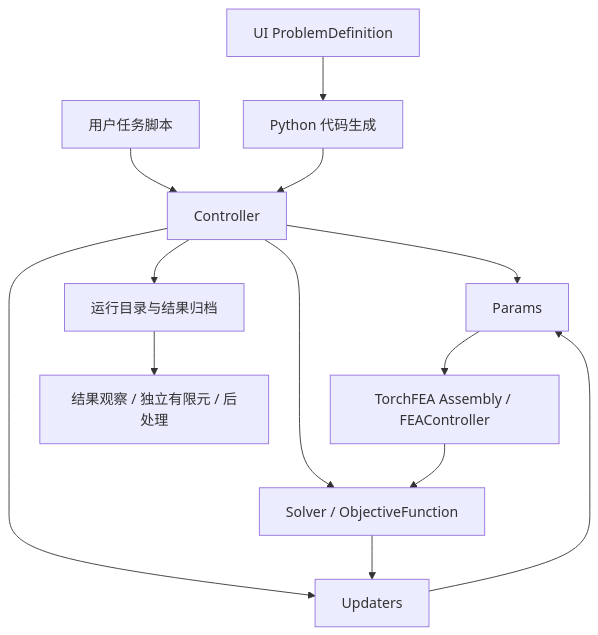
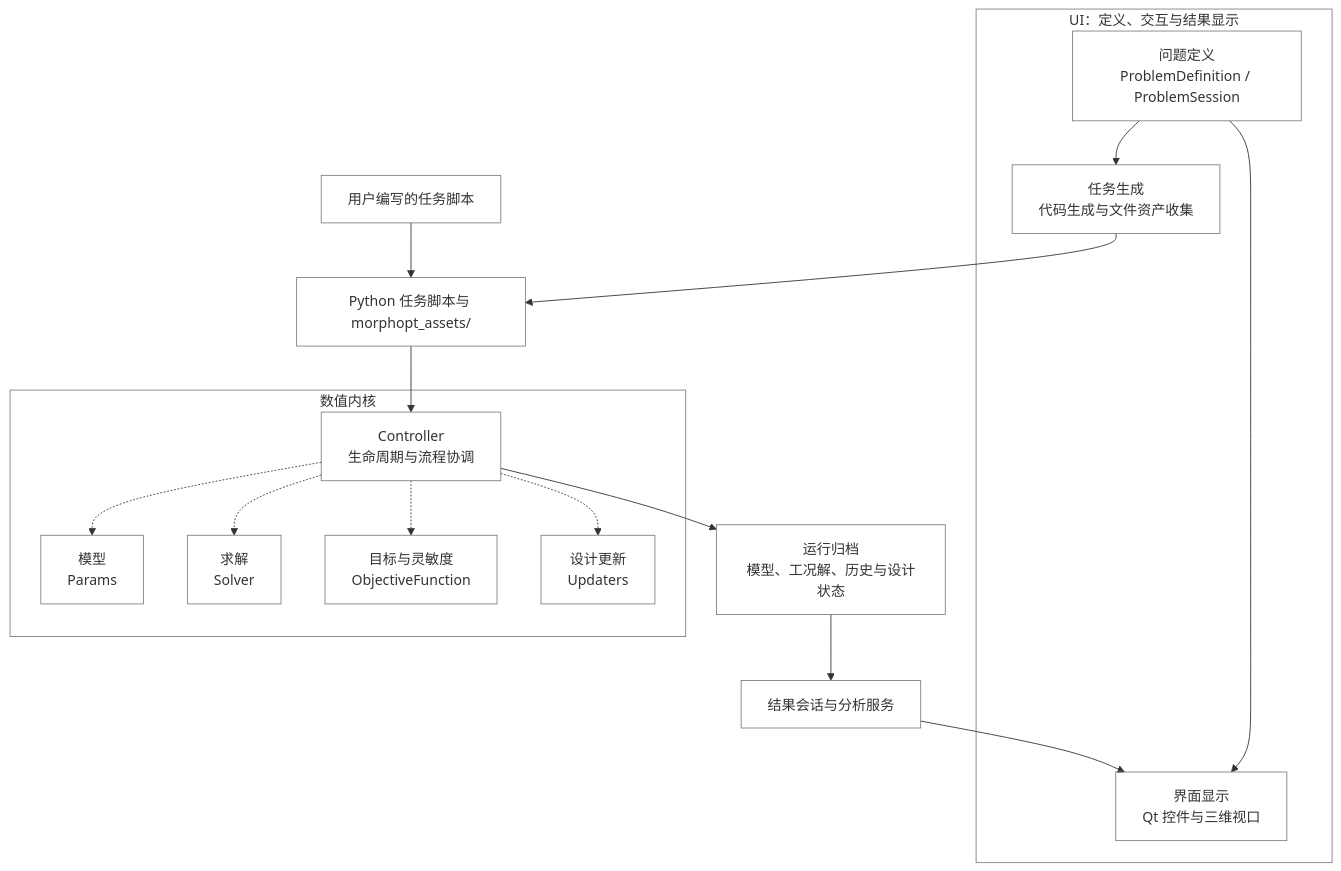
Before and after one commit to sssnnn7119/morphopt: the first of 3 diagrams in docs/codestructure/architecture.md, drawn with Mermaid. The commit also changed other lines of this file and 3 other files, not shown here.

````diff
--- a/docs/codestructure/architecture.md
+++ b/docs/codestructure/architecture.md
@@ -24,15 +41,34 @@
 ```mermaid
-flowchart TD
-    S[用户任务脚本] --> C[Controller]
-    M[UI ProblemDefinition] --> G[Python 代码生成]
-    G --> C
-    C --> P[Params]
-    C --> F[Solver / ObjectiveFunction]
-    C --> U[Updaters]
-    P --> A[TorchFEA Assembly / FEAController]
-    A --> F
-    F --> U
-    U --> P
-    C --> R[运行目录与结果归档]
-    R --> V[结果观察 / 独立有限元 / 后处理]
+flowchart TB
+    subgraph UI["UI：定义、交互与结果显示"]
+        D["问题定义<br/>ProblemDefinition / ProblemSession"]
+        G["任务生成<br/>代码生成与文件资产收集"]
+        V["界面显示<br/>Qt 控件与三维视口"]
+        D --> G
+        D --> V
+    end
+
+    S["用户编写的任务脚本"] --> T["Python 任务脚本与 morphopt_assets/"]
+    G --> T
+    T --> C
+
+    subgraph K["数值内核"]
+        C["Controller<br/>生命周期与流程协调"]
+        P["模型<br/>Params"]
+        F["求解<br/>Solver"]
+        O["目标与灵敏度<br/>ObjectiveFunction"]
+        U["设计更新<br/>Updaters"]
+        C -.-> P
+        C -.-> F
+        C -.-> O
+        C -.-> U
+    end
+
+    C --> R["运行归档<br/>模型、工况解、历史与设计状态"]
+    R --> A["结果会话与分析服务"]
+    A --> V
+
+    classDef default fill:transparent,stroke:#808080
+    style UI fill:transparent,stroke:#808080
+    style K fill:transparent,stroke:#808080
 ```
````
